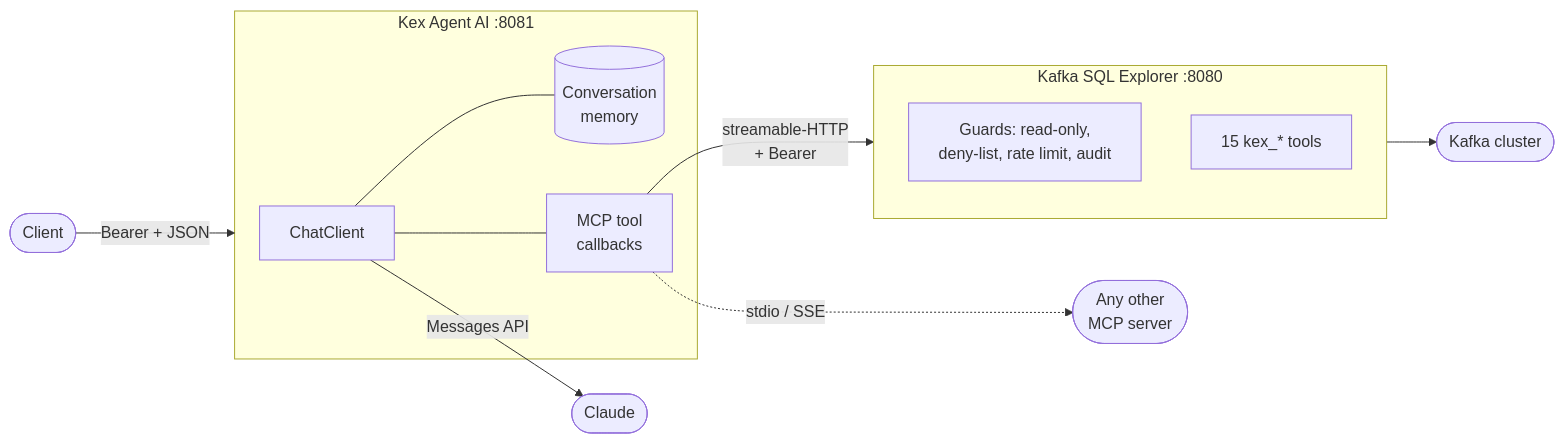
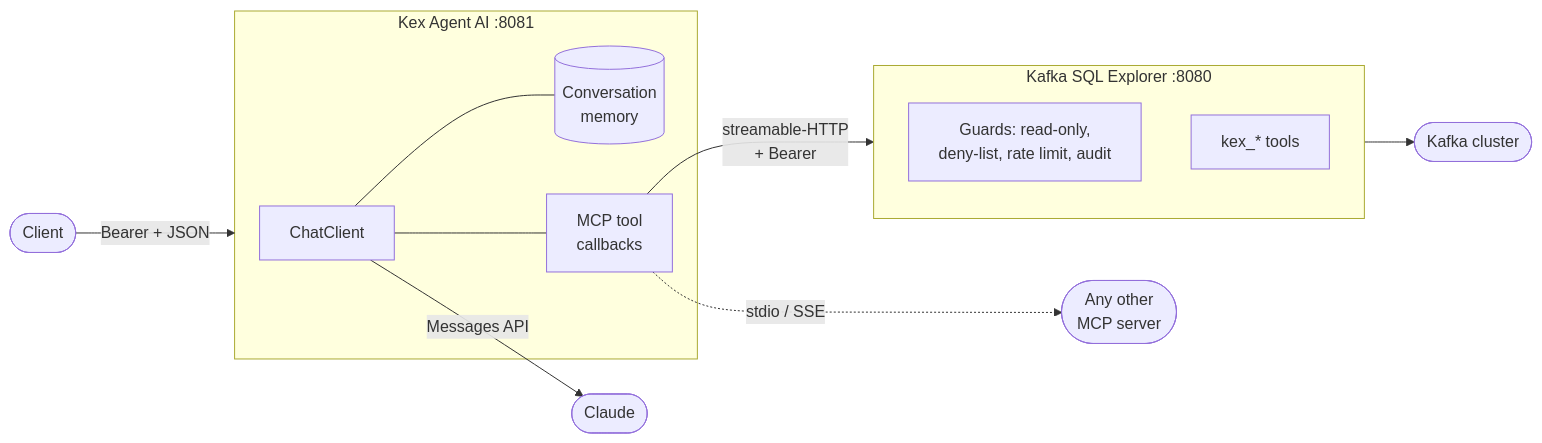
One commit to devdownin/Kex-agent-ai changed the diagram in README.md. Above: the diagram before and after it, drawn with Mermaid. The commit also changed other lines of this file and 2 other files, not shown here.

````diff
--- a/README.md
+++ b/README.md
@@ -187,16 +190,16 @@
 ```mermaid
 flowchart LR
     U([Client]) -->|Bearer + JSON| A
     subgraph A["Kex Agent AI :8081"]
         C[ChatClient] --- M[(Conversation<br/>memory)]
         C --- T[MCP tool<br/>callbacks]
     end
     C -->|Messages API| AN([Claude])
     T -->|streamable-HTTP<br/>+ Bearer| E
     T -.->|stdio / SSE| O([Any other<br/>MCP server])
     subgraph E["Kafka SQL Explorer :8080"]
         G[Guards: read-only,<br/>deny-list, rate limit, audit]
-        K[15 kex_* tools]
+        K[kex_* tools]
     end
     E --> KA([Kafka cluster])
 ```
````
